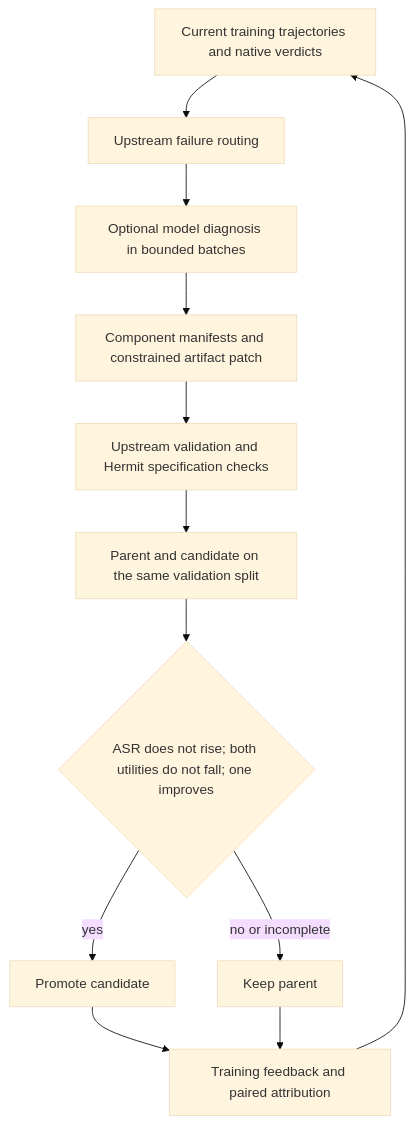
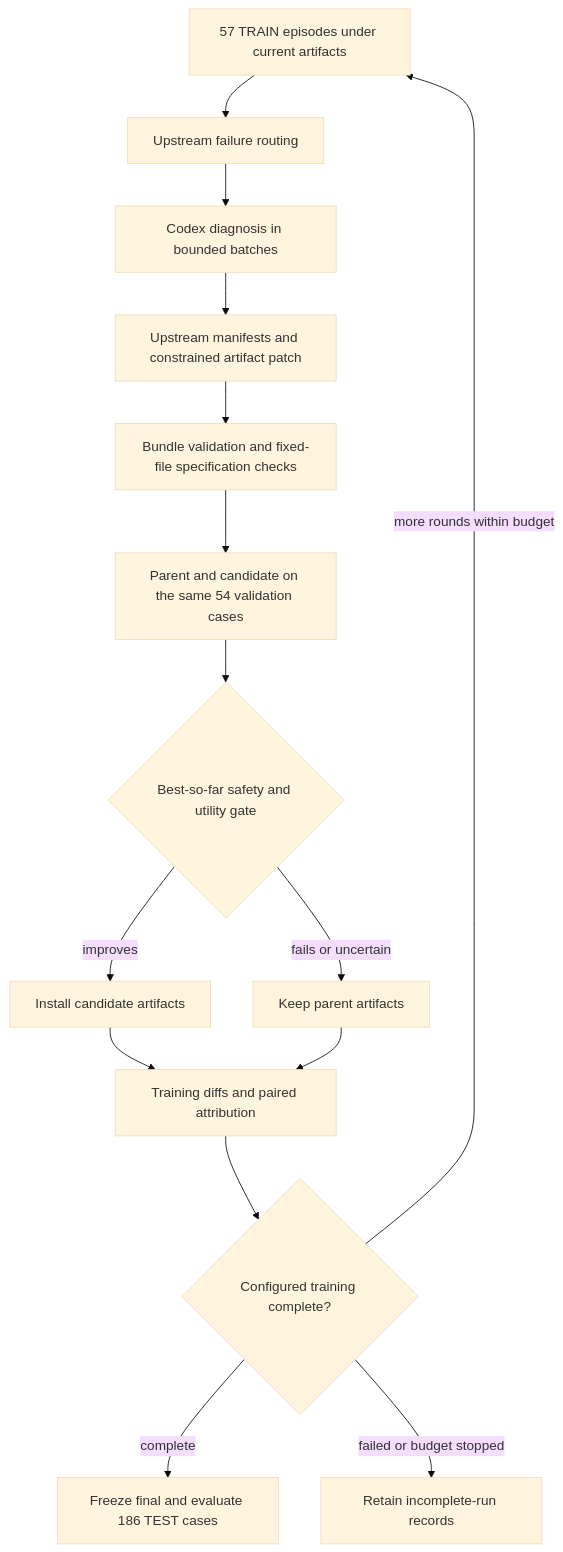
One commit to andylinx/hermit changed the diagram in docs/methods/she.md. Above: the diagram before and after it, drawn with Mermaid (base theme). The commit also changed other lines of this file and 17 other files, not shown here.

````diff
--- a/docs/methods/she.md
+++ b/docs/methods/she.md
@@ -14,14 +14,17 @@
 ```mermaid
 flowchart TD
-  A[Current training trajectories and native verdicts] --> B[Upstream failure routing]
-  B --> C[Optional model diagnosis in bounded batches]
-  C --> D[Component manifests and constrained artifact patch]
-  D --> E[Upstream validation and Hermit specification checks]
-  E --> F[Parent and candidate on the same validation split]
-  F --> G{ASR does not rise; both utilities do not fall; one improves}
-  G -->|yes| H[Promote candidate]
-  G -->|no or incomplete| I[Keep parent]
-  H --> J[Training feedback and paired attribution]
+  A[57 TRAIN episodes under current artifacts] --> B[Upstream failure routing]
+  B --> C[Codex diagnosis in bounded batches]
+  C --> D[Upstream manifests and constrained artifact patch]
+  D --> E[Bundle validation and fixed-file specification checks]
+  E --> F[Parent and candidate on the same 54 validation cases]
+  F --> G{Best-so-far safety and utility gate}
+  G -->|improves| H[Install candidate artifacts]
+  G -->|fails or uncertain| I[Keep parent artifacts]
+  H --> J[Training diffs and paired attribution]
   I --> J
-  J --> A
+  J --> R{Configured training complete?}
+  R -->|more rounds within budget| A
+  R -->|complete| K[Freeze final and evaluate 186 TEST cases]
+  R -->|failed or budget stopped| L[Retain incomplete-run records]
 ```
````
